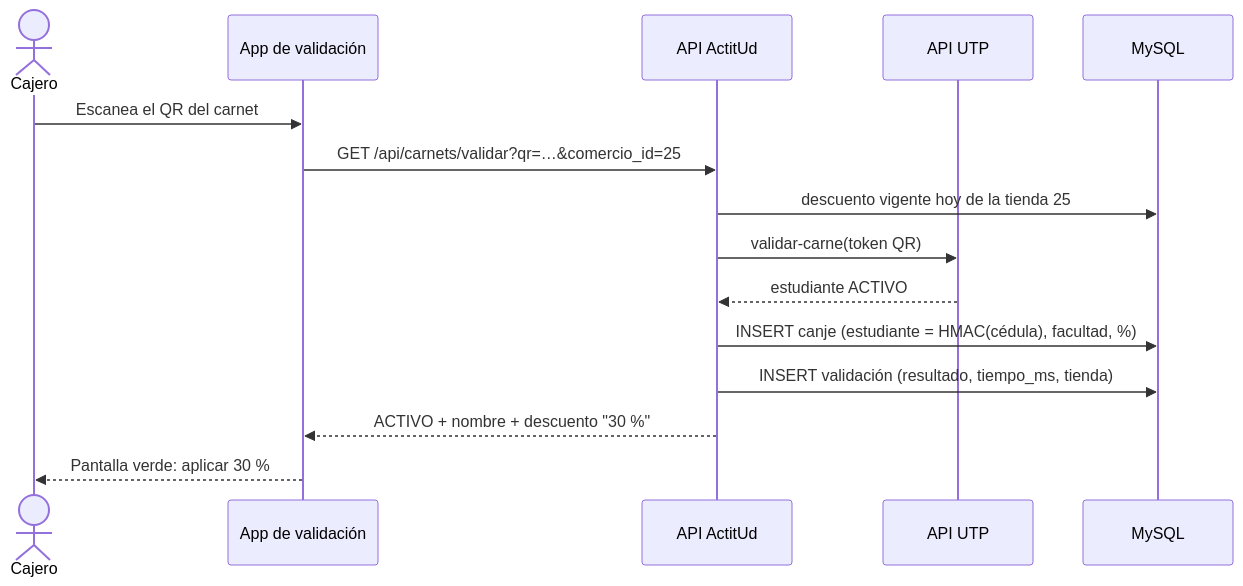
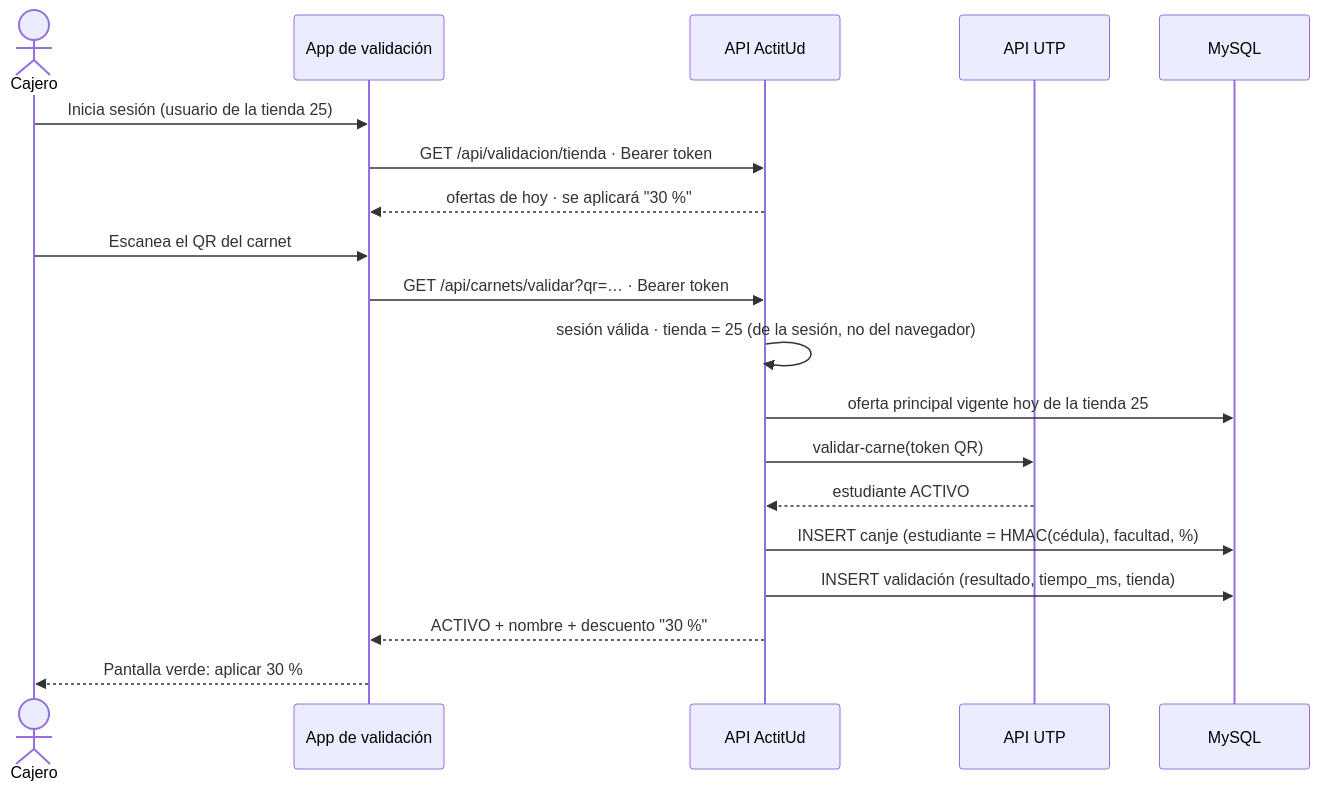
Before and after one commit to Juanchox09/zonactitUd: the fourth of 5 diagrams in docs/tesis/03-arquitectura-y-lineamientos.md, drawn with Mermaid. The commit also changed other lines of this file and 24 other files, not shown here.

First line of the commit message:
OE4 y OE5: validar exige sesión de la tienda y gestión de usuarios con permisos

````diff
--- a/docs/tesis/03-arquitectura-y-lineamientos.md
+++ b/docs/tesis/03-arquitectura-y-lineamientos.md
@@ -181,17 +185,21 @@
 ```mermaid
 sequenceDiagram
   actor C as Cajero
   participant App as App de validación
   participant API as API ActitUd
   participant UTP as API UTP
   participant DB as MySQL
+  C->>App: Inicia sesión (usuario de la tienda 25)
+  App->>API: GET /api/validacion/tienda · Bearer token
+  API-->>App: ofertas de hoy · se aplicará "30 %"
   C->>App: Escanea el QR del carnet
-  App->>API: GET /api/carnets/validar?qr=…&comercio_id=25
-  API->>DB: descuento vigente hoy de la tienda 25
+  App->>API: GET /api/carnets/validar?qr=… · Bearer token
+  API->>API: sesión válida · tienda = 25 (de la sesión, no del navegador)
+  API->>DB: oferta principal vigente hoy de la tienda 25
   API->>UTP: validar-carne(token QR)
   UTP-->>API: estudiante ACTIVO
   API->>DB: INSERT canje (estudiante = HMAC(cédula), facultad, %)
   API->>DB: INSERT validación (resultado, tiempo_ms, tienda)
   API-->>App: ACTIVO + nombre + descuento "30 %"
   App-->>C: Pantalla verde: aplicar 30 %
 ```
````
